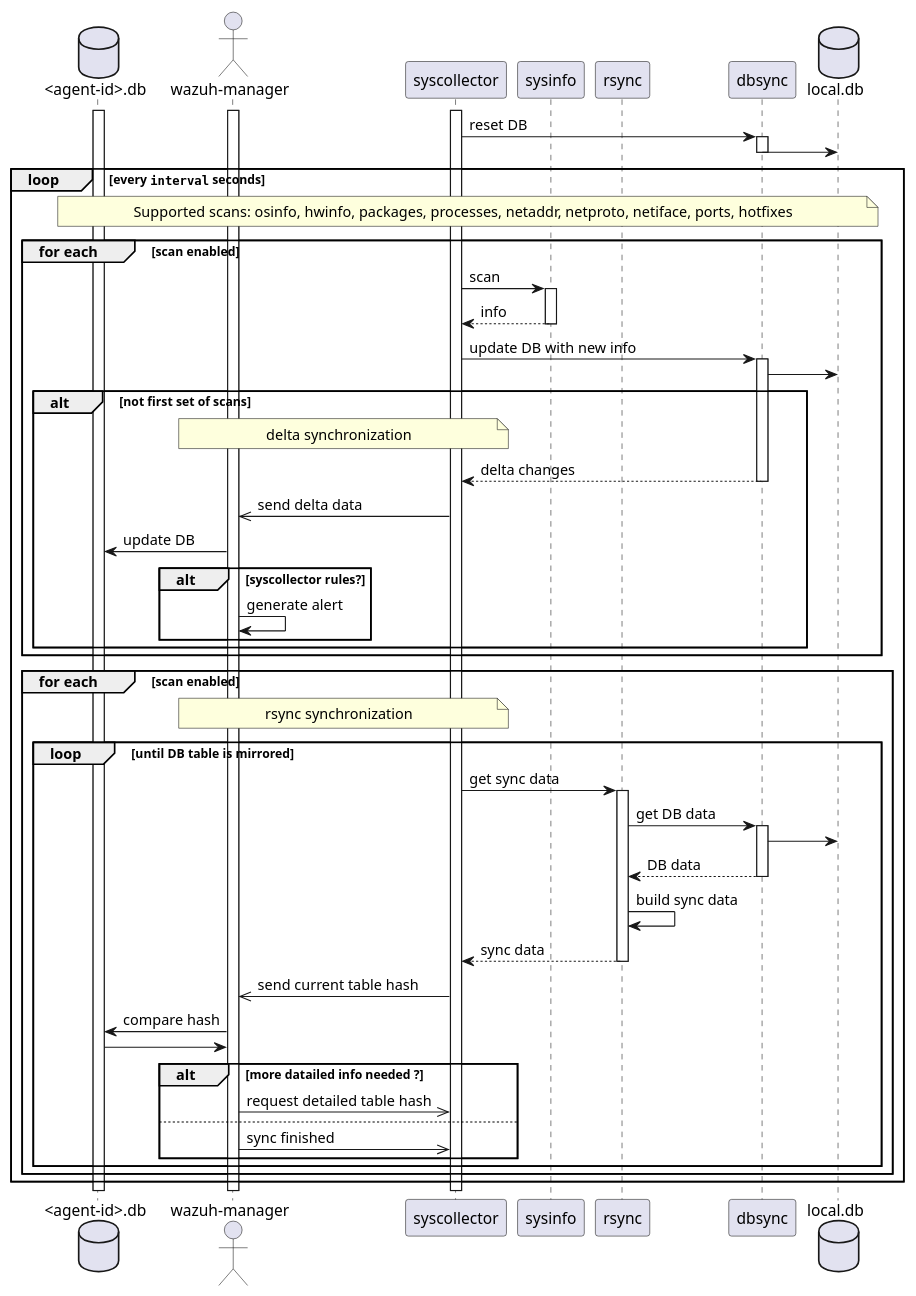
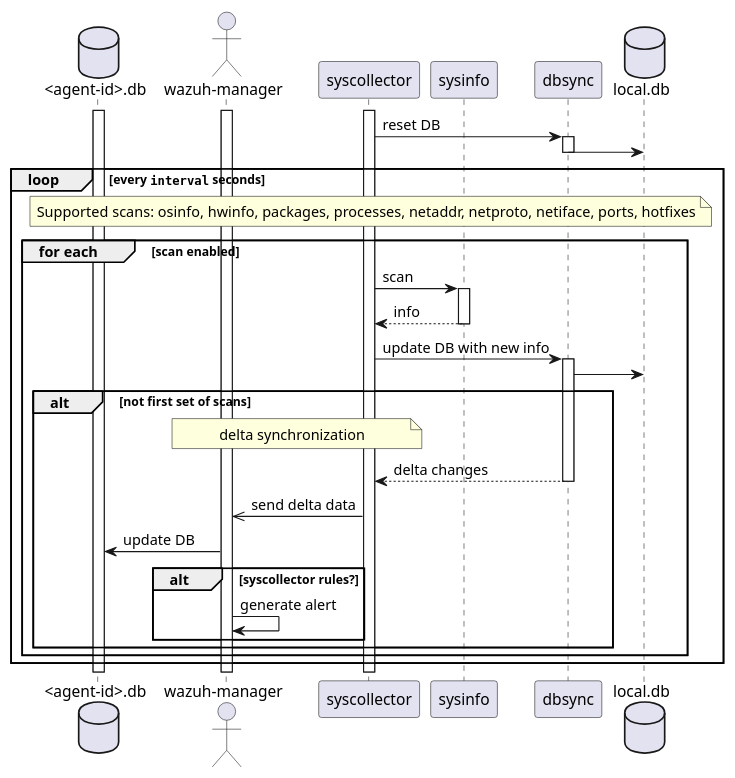
Before and after one commit to wazuh/wazuh: the diagram in architecture/syscollector/002-sequence-syscollector.puml, drawn with PlantUML. The commit also changed 79 other files, not shown here.

```diff
--- a/architecture/syscollector/002-sequence-syscollector.puml
+++ b/architecture/syscollector/002-sequence-syscollector.puml
@@ -5,61 +5,39 @@
 @startuml syscollector
 
 database "<agent-id>.db" as agent.db
 actor "wazuh-manager" as manager
 participant syscollector as sysco
 participant sysinfo as info
-participant rsync
 participant dbsync
 database local.db as ldb
 
 activate sysco
 activate manager
 activate agent.db
 
 
 sysco -> dbsync ++: reset DB
 dbsync -> ldb --
 
 loop every ""interval"" seconds
     note across: Supported scans: osinfo, hwinfo, packages, processes, netaddr, netproto, netiface, ports, hotfixes
     group for each [scan enabled]
         sysco -> info ++: scan
         sysco <-- info --: info
         sysco -> dbsync++ : update DB with new info
         dbsync -> ldb
         alt not first set of scans
             note over manager, sysco
                 delta synchronization
             end note
             dbsync --> sysco --: delta changes
             sysco ->> manager : send delta data
             manager -> agent.db: update DB
             alt syscollector rules?
             manager -> manager: generate alert
             end
         end
     end
-    group for each [scan enabled]
-        note over manager, sysco
-            rsync synchronization
-        end note
-        loop until DB table is mirrored
-            sysco -> rsync++ : get sync data
-            rsync -> dbsync++ : get DB data
-            dbsync -> ldb
-            rsync <-- dbsync-- : DB data
-            rsync -> rsync : build sync data
-            rsync --> sysco --: sync data
-            sysco ->> manager : send current table hash
-            manager -> agent.db: compare hash
-            manager <- agent.db
-            alt more datailed info needed ?
-                sysco <<- manager : request detailed table hash
-            else
-                sysco <<- manager : sync finished
-            end
-        end
-    end
 end
 
 @enduml
```
